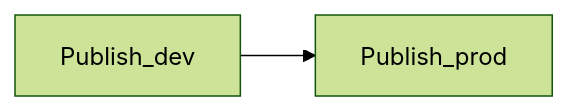
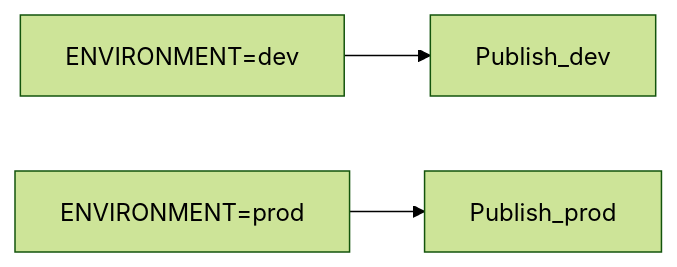
One commit to Azure/apiops-cli changed the second of 2 diagrams in docs/ci-cd/azure-devops.md. Above: the diagram before and after it, drawn with Mermaid (forest theme). The commit also changed other lines of this file and 2 other files, not shown here.

````diff
--- a/docs/ci-cd/azure-devops.md
+++ b/docs/ci-cd/azure-devops.md
@@ -136,4 +136,5 @@
 ```mermaid
 flowchart LR
-    A[Publish_dev] --> B[Publish_prod]
+  A[ENVIRONMENT=dev] --> B[Publish_dev]
+  C[ENVIRONMENT=prod] --> D[Publish_prod]
 ```
````
